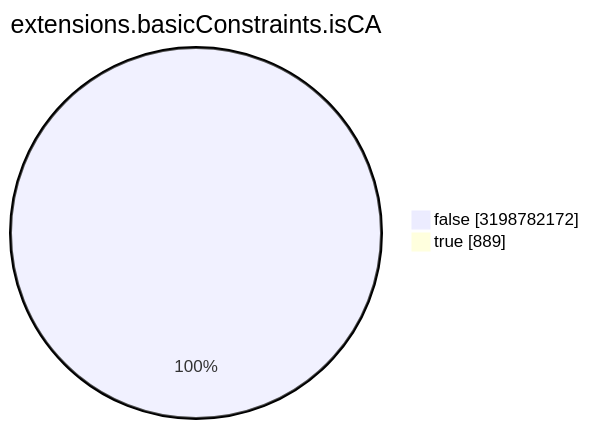
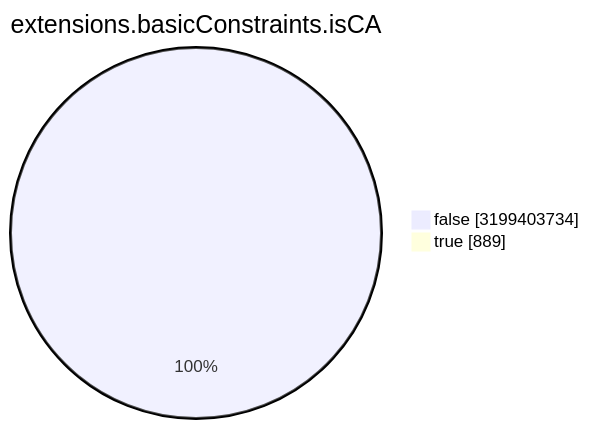
One commit to christiankrug/ctmonitor_visualization changed the seventh of 15 diagrams in TOTAL/README.md. Above: the diagram before and after it, drawn with Mermaid. The commit also changed other lines of this file, not shown here.

````diff
--- a/TOTAL/README.md
+++ b/TOTAL/README.md
@@ -3088,6 +3088,6 @@
 ```mermaid
 pie showData
 title extensions.basicConstraints.isCA
-"false" :3198782172
+"false" :3199403734
 "true" :889
 ```
````
